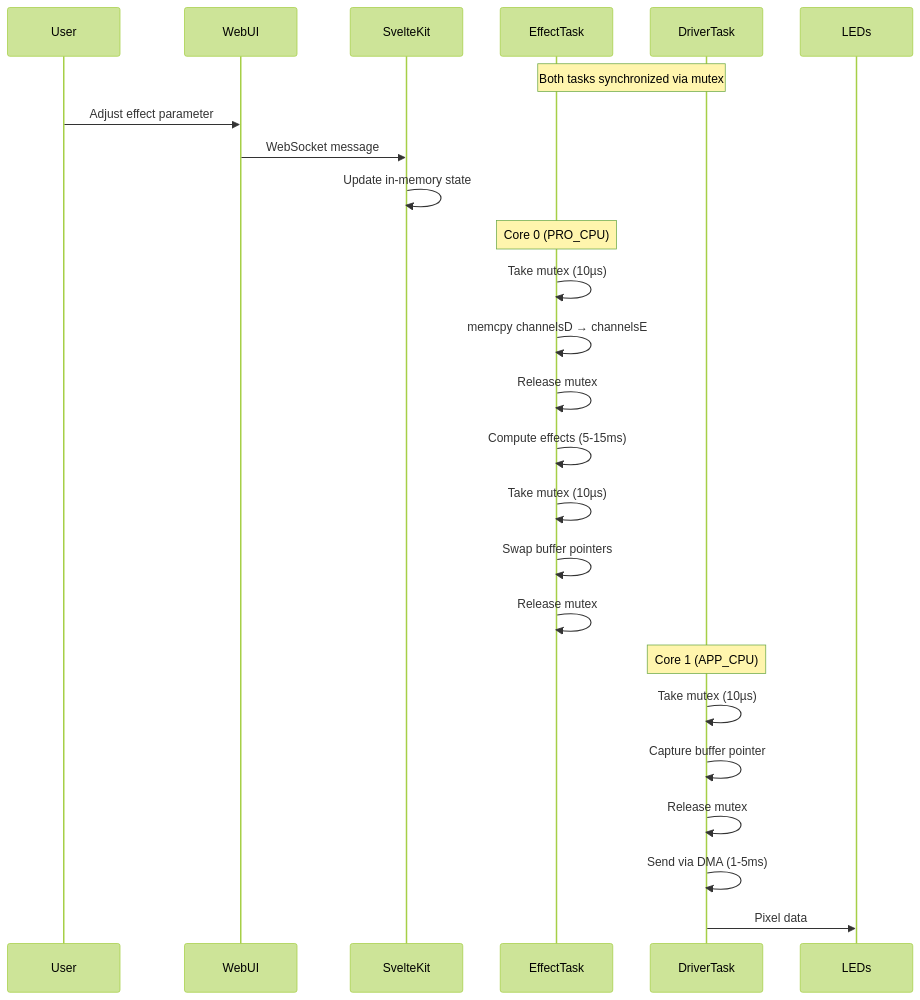
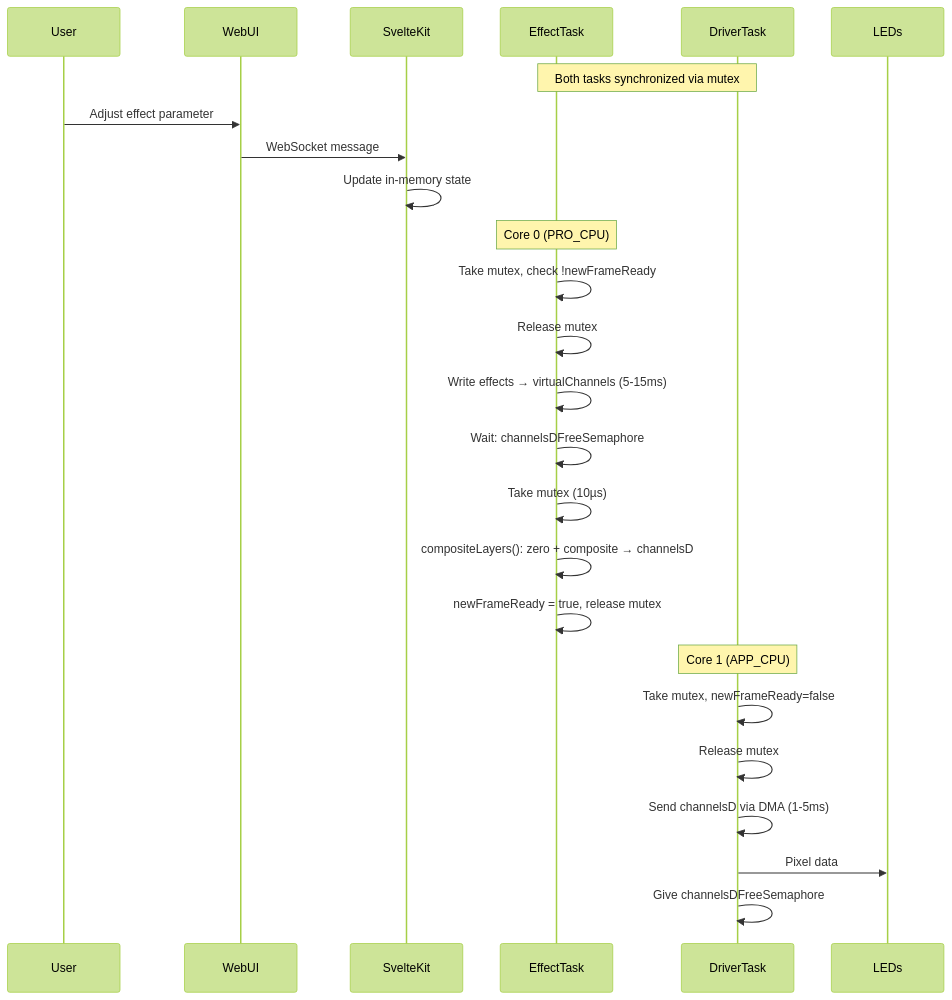
Before and after one commit to MoonModules/MoonLight: the first of 5 diagrams in docs/develop/architecture.md, drawn with Mermaid (forest theme). The commit also changed other lines of this file and 17 other files, not shown here.

First line of the commit message:
channels array per virtual layer

````diff
--- a/docs/develop/architecture.md
+++ b/docs/develop/architecture.md
@@ -40,31 +40,31 @@
 ```mermaid
 sequenceDiagram
     participant User
     participant WebUI
     participant SvelteKit
     participant EffectTask
     participant DriverTask
     participant LEDs
 
     Note over EffectTask,DriverTask: Both tasks synchronized via mutex
 
     User->>WebUI: Adjust effect parameter
     WebUI->>SvelteKit: WebSocket message
     SvelteKit->>SvelteKit: Update in-memory state
     
     Note over EffectTask: Core 0 (PRO_CPU)
+    EffectTask->>EffectTask: Take mutex, check !newFrameReady
+    EffectTask->>EffectTask: Release mutex
+    EffectTask->>EffectTask: Write effects → virtualChannels (5-15ms)
+    EffectTask->>EffectTask: Wait: channelsDFreeSemaphore
     EffectTask->>EffectTask: Take mutex (10µs)
-    EffectTask->>EffectTask: memcpy channelsD → channelsE
-    EffectTask->>EffectTask: Release mutex
-    EffectTask->>EffectTask: Compute effects (5-15ms)
-    EffectTask->>EffectTask: Take mutex (10µs)
-    EffectTask->>EffectTask: Swap buffer pointers
-    EffectTask->>EffectTask: Release mutex
+    EffectTask->>EffectTask: compositeLayers(): zero + composite → channelsD
+    EffectTask->>EffectTask: newFrameReady = true, release mutex
 
     Note over DriverTask: Core 1 (APP_CPU)
-    DriverTask->>DriverTask: Take mutex (10µs)
-    DriverTask->>DriverTask: Capture buffer pointer
+    DriverTask->>DriverTask: Take mutex, newFrameReady=false
     DriverTask->>DriverTask: Release mutex
-    DriverTask->>DriverTask: Send via DMA (1-5ms)
+    DriverTask->>DriverTask: Send channelsD via DMA (1-5ms)
     DriverTask->>LEDs: Pixel data
+    DriverTask->>DriverTask: Give channelsDFreeSemaphore
 ```
````
